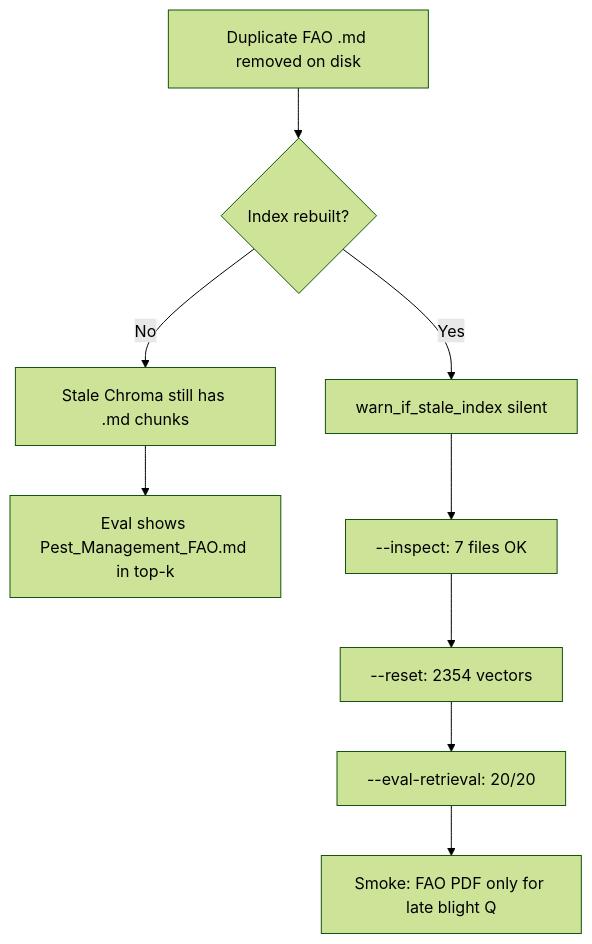
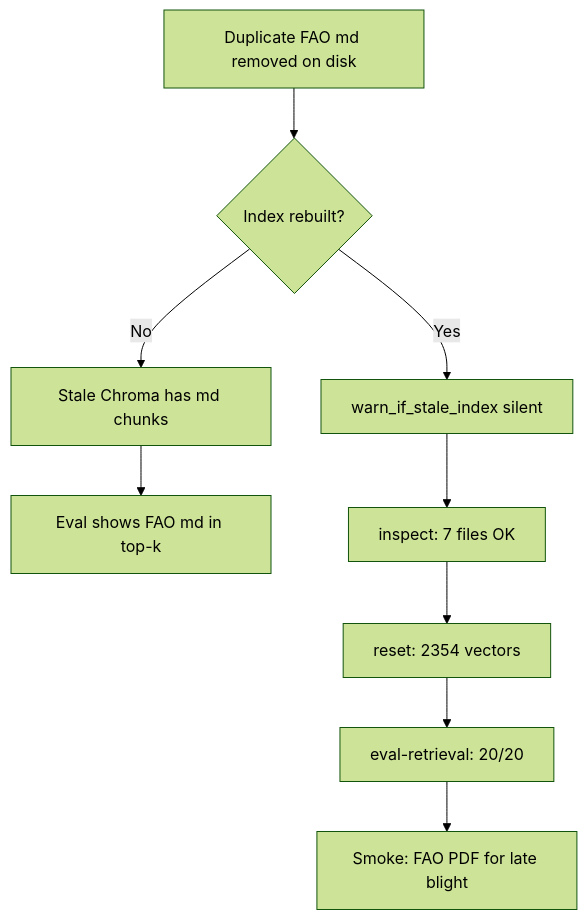
The diagram in docs/GENERAL_RAG_VALIDATION_REPORT.md (Naifcx47350/TerraMind), drawn with Mermaid (forest theme) before and after one commit. The commit also changed 2 other files, not shown here.

Commit message:
Refactor documentation for clarity and consistency
Updated PROJECT_OVERVIEW.md, GENERAL_RAG_VALIDATION_REPORT.md, and SYSTEM_ARCHITECTURE.md to enhance clarity in diagrams and descriptions. Adjusted labels in flowcharts for better readability and consistency across documentation.

````diff
--- a/docs/GENERAL_RAG_VALIDATION_REPORT.md
+++ b/docs/GENERAL_RAG_VALIDATION_REPORT.md
@@ -174,11 +174,11 @@
 ```mermaid
 flowchart TD
-  A[Duplicate FAO .md removed on disk] --> B{Index rebuilt?}
-  B -->|No| C[Stale Chroma still has .md chunks]
-  B -->|Yes| D[warn_if_stale_index silent]
-  C --> E[Eval shows Pest_Management_FAO.md in top-k]
-  D --> F[--inspect: 7 files OK]
-  F --> G[--reset: 2354 vectors]
-  G --> H[--eval-retrieval: 20/20]
-  H --> I[Smoke: FAO PDF only for late blight Q]
+  A["Duplicate FAO md removed on disk"] --> B{"Index rebuilt?"}
+  B -->|No| C["Stale Chroma has md chunks"]
+  B -->|Yes| D["warn_if_stale_index silent"]
+  C --> E["Eval shows FAO md in top-k"]
+  D --> F["inspect: 7 files OK"]
+  F --> G["reset: 2354 vectors"]
+  G --> H["eval-retrieval: 20/20"]
+  H --> I["Smoke: FAO PDF for late blight"]
 ```
````
